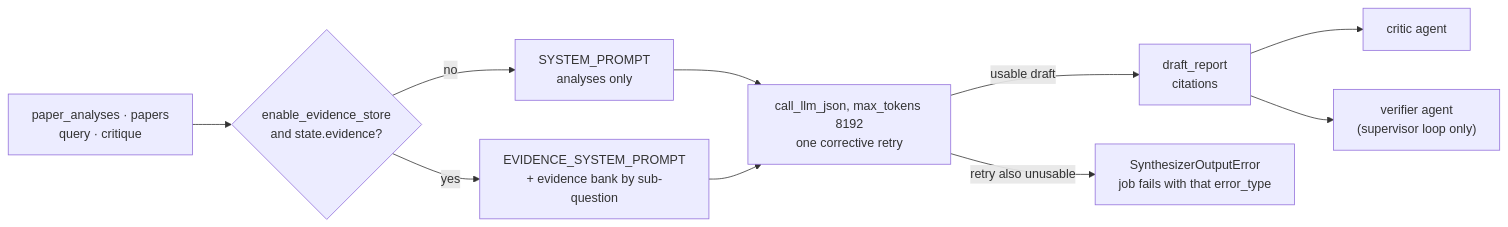
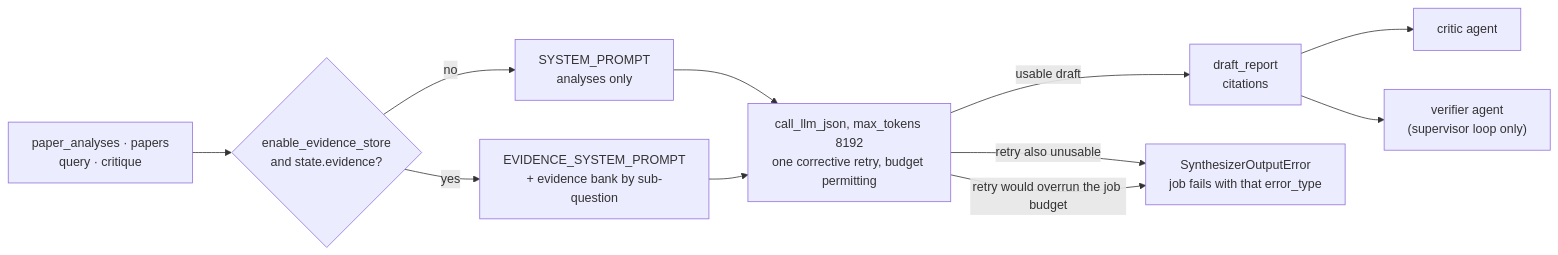
One commit to kudratsingh/arxiv-research-agent changed the diagram in docs/agents/synthesizer.md. Above: the diagram before and after it, drawn with Mermaid. The commit also changed other lines of this file and 26 other files, not shown here.

````diff
--- a/docs/agents/synthesizer.md
+++ b/docs/agents/synthesizer.md
@@ -16,12 +16,13 @@
 ```mermaid
 flowchart LR
   IN["paper_analyses · papers<br/>query · critique"] --> PATH{"enable_evidence_store<br/>and state.evidence?"}
   PATH -->|"no"| BASE["SYSTEM_PROMPT<br/>analyses only"]
   PATH -->|"yes"| EVI["EVIDENCE_SYSTEM_PROMPT<br/>+ evidence bank by sub-question"]
-  BASE --> CALL["call_llm_json, max_tokens 8192<br/>one corrective retry"]
+  BASE --> CALL["call_llm_json, max_tokens 8192<br/>one corrective retry, budget permitting"]
   EVI --> CALL
   CALL -->|"usable draft"| OUT["draft_report<br/>citations"]
   CALL -->|"retry also unusable"| ERR["SynthesizerOutputError<br/>job fails with that error_type"]
+  CALL -->|"retry would overrun the job budget"| ERR
   OUT --> CRITIC["critic agent"]
   OUT --> VER["verifier agent<br/>(supervisor loop only)"]
 ```
````
